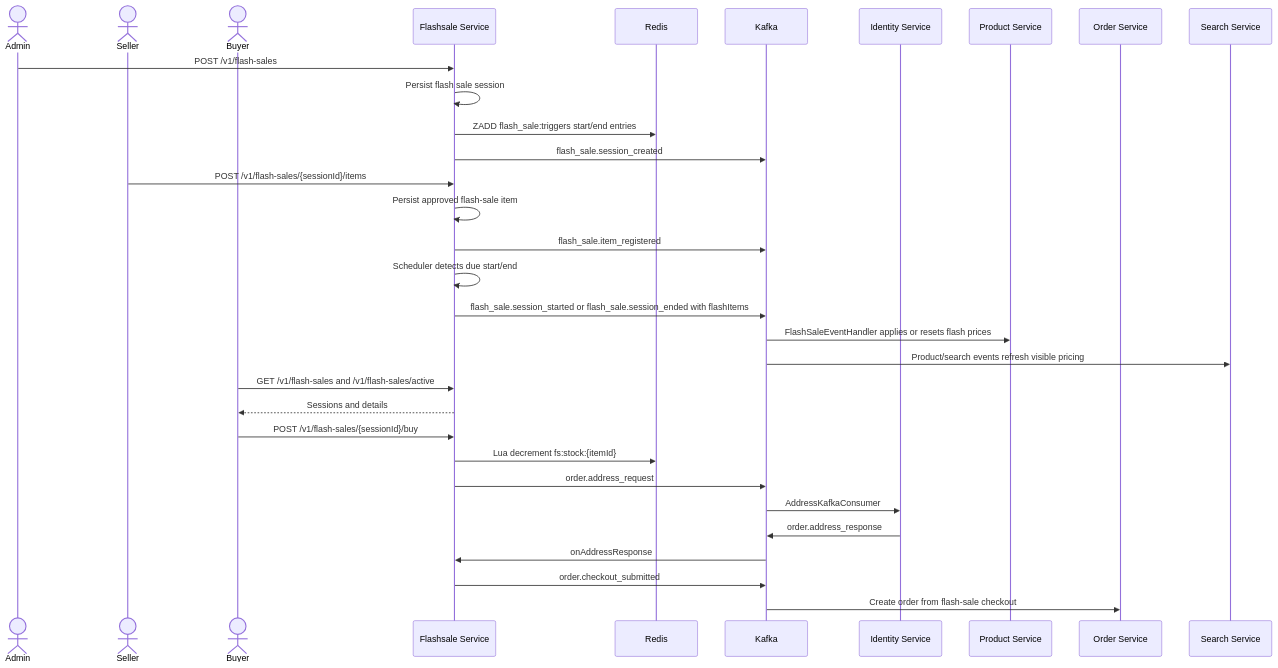
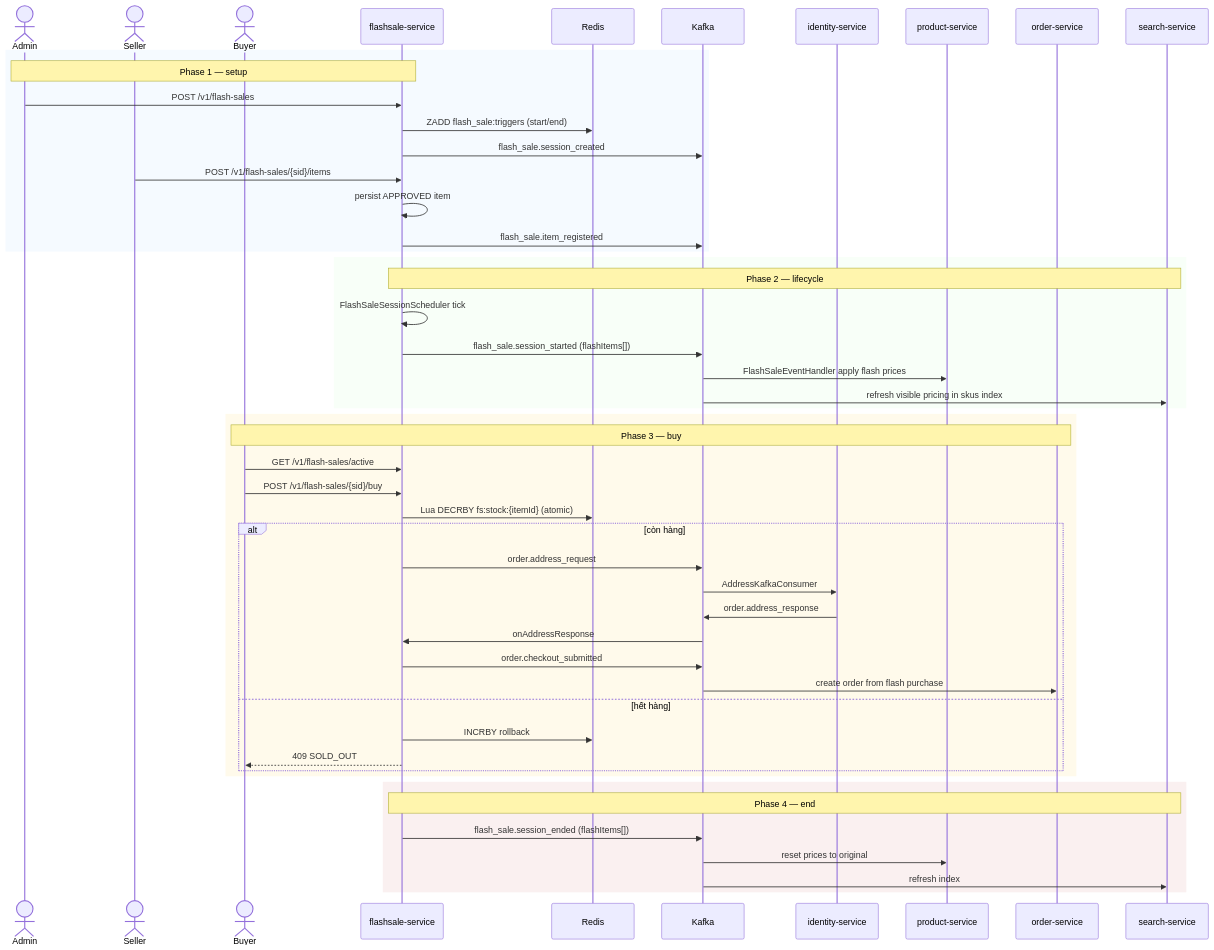
One commit to ldqanh1408/stealing-from-paradise changed the first of 2 diagrams in documents/flows/flashsale-service/flow-flashsale-session-purchase.md. Above: the diagram before and after it, drawn with Mermaid. The commit also changed other lines of this file and 48 other files, not shown here.

````diff
--- a/documents/flows/flashsale-service/flow-flashsale-session-purchase.md
+++ b/documents/flows/flashsale-service/flow-flashsale-session-purchase.md
@@ -15,38 +41,56 @@
 ```mermaid
 sequenceDiagram
     actor Admin
     actor Seller
     actor Buyer
-    participant FS as Flashsale Service
-    participant Redis as Redis
-    participant Kafka as Kafka
-    participant Identity as Identity Service
-    participant Product as Product Service
-    participant Order as Order Service
-    participant Search as Search Service
+    participant FS as flashsale-service
+    participant R as Redis
+    participant K as Kafka
+    participant ID as identity-service
+    participant PR as product-service
+    participant OR as order-service
+    participant SR as search-service
 
+    rect rgb(245,250,255)
+    Note over Admin,FS: Phase 1 — setup
     Admin->>FS: POST /v1/flash-sales
-    FS->>FS: Persist flash sale session
-    FS->>Redis: ZADD flash_sale:triggers start/end entries
-    FS->>Kafka: flash_sale.session_created
+    FS->>R: ZADD flash_sale:triggers (start/end)
+    FS->>K: flash_sale.session_created
+    Seller->>FS: POST /v1/flash-sales/{sid}/items
+    FS->>FS: persist APPROVED item
+    FS->>K: flash_sale.item_registered
+    end
 
-    Seller->>FS: POST /v1/flash-sales/{sessionId}/items
-    FS->>FS: Persist approved flash-sale item
-    FS->>Kafka: flash_sale.item_registered
+    rect rgb(248,255,248)
+    Note over FS,SR: Phase 2 — lifecycle
+    FS->>FS: FlashSaleSessionScheduler tick
+    FS->>K: flash_sale.session_started (flashItems[])
+    K->>PR: FlashSaleEventHandler apply flash prices
+    K->>SR: refresh visible pricing in skus index
+    end
 
-    FS->>FS: Scheduler detects due start/end
-    FS->>Kafka: flash_sale.session_started or flash_sale.session_ended with flashItems
-    Kafka->>Product: FlashSaleEventHandler applies or resets flash prices
-    Kafka->>Search: Product/search events refresh visible pricing
+    rect rgb(255,250,235)
+    Note over Buyer,OR: Phase 3 — buy
+    Buyer->>FS: GET /v1/flash-sales/active
+    Buyer->>FS: POST /v1/flash-sales/{sid}/buy
+    FS->>R: Lua DECRBY fs:stock:{itemId} (atomic)
+    alt còn hàng
+        FS->>K: order.address_request
+        K->>ID: AddressKafkaConsumer
+        ID->>K: order.address_response
+        K->>FS: onAddressResponse
+        FS->>K: order.checkout_submitted
+        K->>OR: create order from flash purchase
+    else hết hàng
+        FS->>R: INCRBY rollback
+        FS-->>Buyer: 409 SOLD_OUT
+    end
+    end
 
-    Buyer->>FS: GET /v1/flash-sales and /v1/flash-sales/active
-    FS-->>Buyer: Sessions and details
-    Buyer->>FS: POST /v1/flash-sales/{sessionId}/buy
-    FS->>Redis: Lua decrement fs:stock:{itemId}
-    FS->>Kafka: order.address_request
-    Kafka->>Identity: AddressKafkaConsumer
-    Identity->>Kafka: order.address_response
-    Kafka->>FS: onAddressResponse
-    FS->>Kafka: order.checkout_submitted
-    Kafka->>Order: Create order from flash-sale checkout
+    rect rgb(250,240,240)
+    Note over FS,SR: Phase 4 — end
+    FS->>K: flash_sale.session_ended (flashItems[])
+    K->>PR: reset prices to original
+    K->>SR: refresh index
+    end
 ```
````
